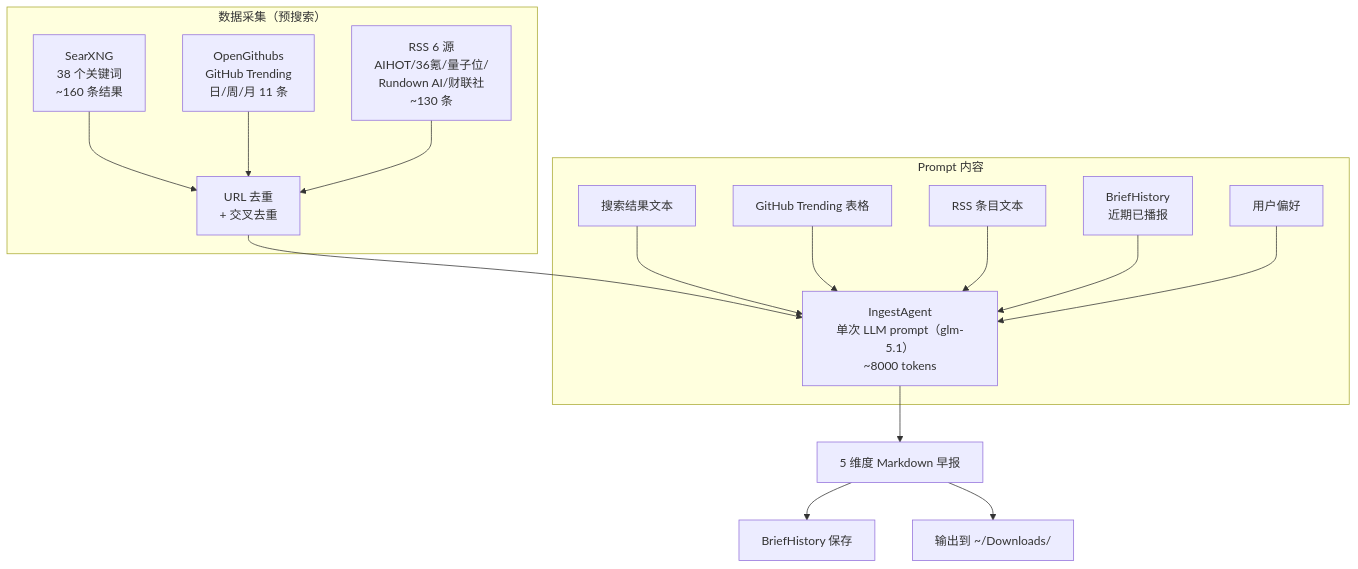
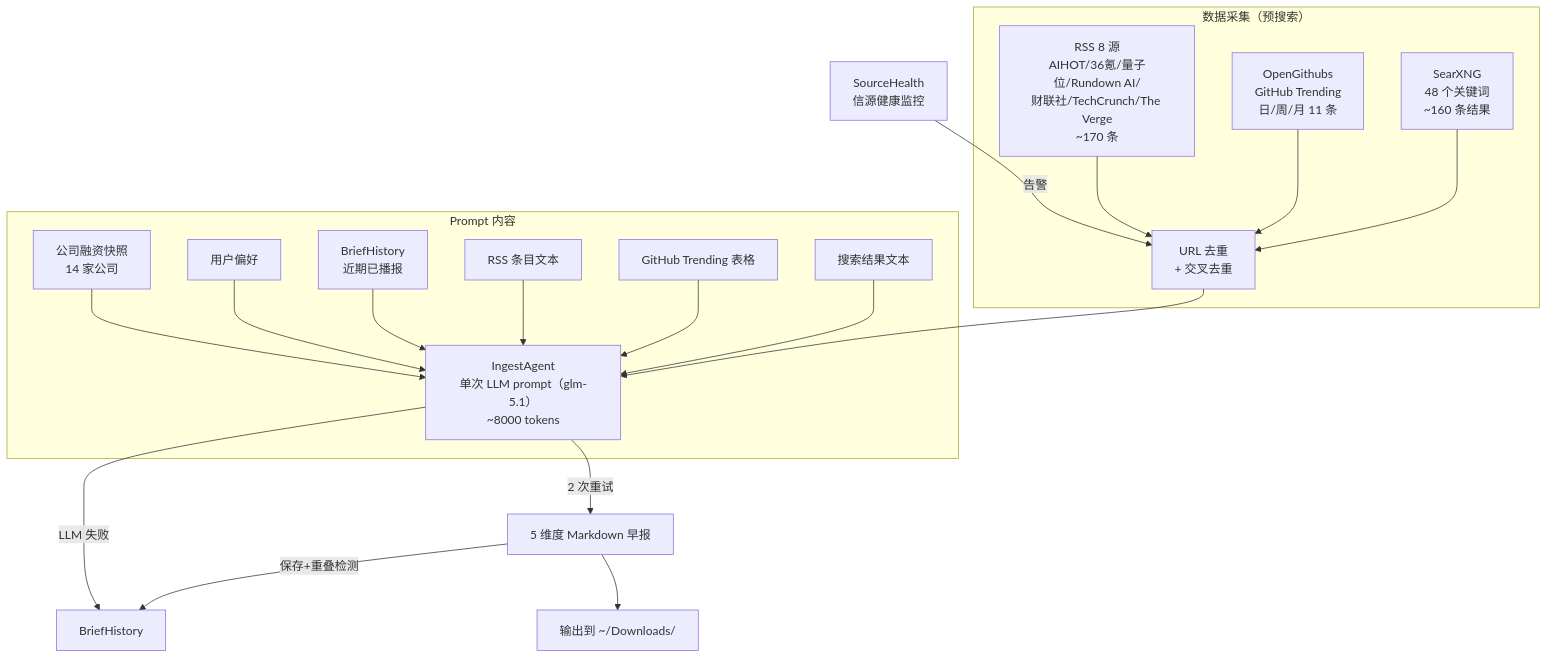
The diagram in docs/ingest/design/00-overview.md (xinovate/linglong-knowledge), drawn with Mermaid before and after one commit. The commit also changed other lines of this file and 3 other files, not shown here.

First line of the commit message:
docs: v2.2 文档更新 — PROJECT_OVERVIEW + roadmap + architecture + ingest 设计

````diff
--- a/docs/ingest/design/00-overview.md
+++ b/docs/ingest/design/00-overview.md
@@ -29,22 +29,25 @@
 ```mermaid
 graph TD
     subgraph "数据采集（预搜索）"
-        A1[SearXNG<br/>38 个关键词<br/>~160 条结果] --> D[URL 去重<br/>+ 交叉去重]
+        A1[SearXNG<br/>48 个关键词<br/>~160 条结果] --> D[URL 去重<br/>+ 交叉去重]
         A2[OpenGithubs<br/>GitHub Trending<br/>日/周/月 11 条] --> D
-        A3[RSS 6 源<br/>AIHOT/36氪/量子位/<br/>Rundown AI/财联社<br/>~130 条] --> D
+        A3[RSS 8 源<br/>AIHOT/36氪/量子位/Rundown AI/<br/>财联社/TechCrunch/The Verge<br/>~170 条] --> D
     end
 
     D --> E["IngestAgent<br/>单次 LLM prompt（glm-5.1）<br/>~8000 tokens"]
 
     subgraph "Prompt 内容"
         F1[搜索结果文本] --> E
         F2[GitHub Trending 表格] --> E
         F3[RSS 条目文本] --> E
         F4[BriefHistory<br/>近期已播报] --> E
         F5[用户偏好] --> E
+        F6[公司融资快照<br/>14 家公司] --> E
     end
 
-    E --> G[5 维度 Markdown 早报]
-    G --> H[BriefHistory 保存]
+    E -->|2 次重试| G[5 维度 Markdown 早报]
+    G -->|保存+重叠检测| H[BriefHistory]
+    E -->|LLM 失败| H
     G --> I[输出到 ~/Downloads/]
+    J[SourceHealth<br/>信源健康监控] -->|告警| D
 ```
````
